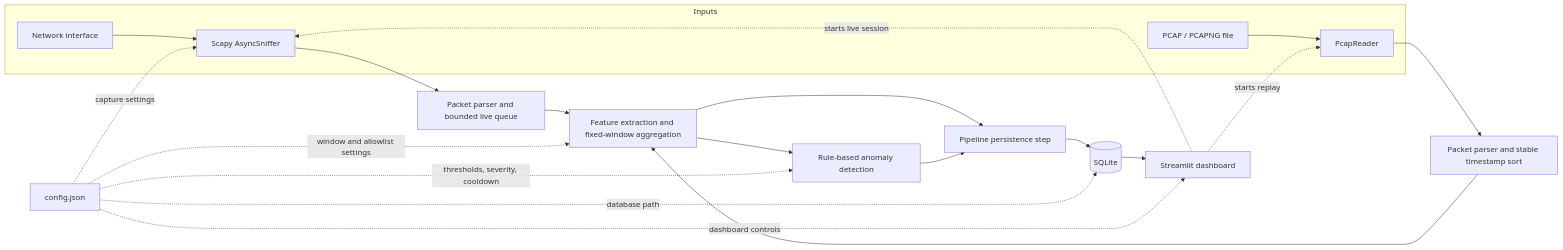
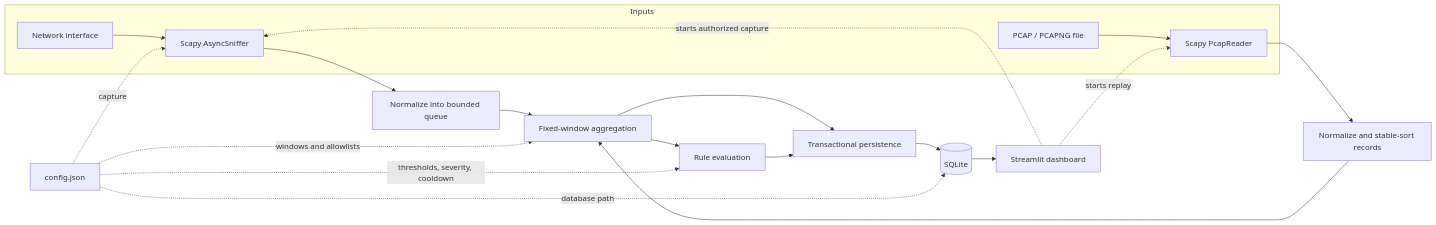
One commit to RajTib/lattice changed the diagram in README.md. Above: the diagram before and after it, drawn with Mermaid. The commit also changed other lines of this file and 4 other files, not shown here.

````diff
--- a/README.md
+++ b/README.md
@@ -24,29 +39,26 @@
 ```mermaid
 flowchart LR
     CFG["config.json"]
 
     subgraph Inputs
-        PCAP["PCAP / PCAPNG file"] --> READER["PcapReader"]
+        PCAP["PCAP / PCAPNG file"] --> READER["Scapy PcapReader"]
         NIC["Network interface"] --> SNIFFER["Scapy AsyncSniffer"]
     end
 
-    READER --> OFFLINE["Packet parser and stable timestamp sort"]
-    SNIFFER --> LIVE["Packet parser and bounded live queue"]
-
-    OFFLINE --> AGG["Feature extraction and fixed-window aggregation"]
+    READER --> OFFLINE["Normalize and stable-sort records"]
+    SNIFFER --> LIVE["Normalize into bounded queue"]
+    OFFLINE --> AGG["Fixed-window aggregation"]
     LIVE --> AGG
-    AGG --> DETECTOR["Rule-based anomaly detection"]
-    AGG --> PIPELINE["Pipeline persistence step"]
-    DETECTOR --> PIPELINE
-    PIPELINE --> DB[(SQLite)]
-
+    AGG --> RULES["Rule evaluation"]
+    AGG --> PERSIST["Transactional persistence"]
+    RULES --> PERSIST
+    PERSIST --> DB[(SQLite)]
     DB --> DASH["Streamlit dashboard"]
     DASH -. "starts replay" .-> READER
-    DASH -. "starts live session" .-> SNIFFER
+    DASH -. "starts authorized capture" .-> SNIFFER
 
-    CFG -. "capture settings" .-> SNIFFER
-    CFG -. "window and allowlist settings" .-> AGG
-    CFG -. "thresholds, severity, cooldown" .-> DETECTOR
+    CFG -. "capture" .-> SNIFFER
+    CFG -. "windows and allowlists" .-> AGG
+    CFG -. "thresholds, severity, cooldown" .-> RULES
     CFG -. "database path" .-> DB
-    CFG -. "dashboard controls" .-> DASH
 ```
````
